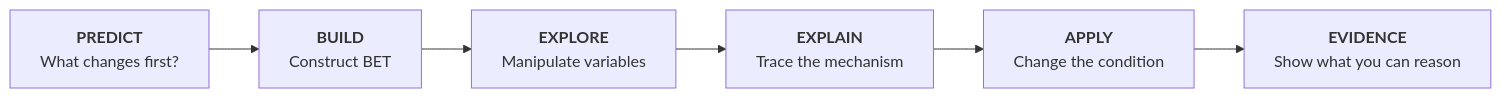
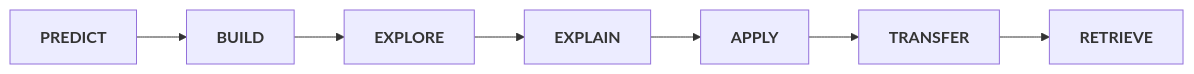
Before and after one commit to ZanneRay/ATPL-H-Learning-Ecosystem: the second of 2 diagrams in docs/curriculum/MODULE-1-BLUEPRINT.md, drawn with Mermaid. The commit also changed other lines of this file, not shown here.

````diff
--- a/docs/curriculum/MODULE-1-BLUEPRINT.md
+++ b/docs/curriculum/MODULE-1-BLUEPRINT.md
@@ -67,8 +68,9 @@
 ```mermaid
 flowchart LR
-    P["<b>PREDICT</b><br/>What changes first?"] --> B["<b>BUILD</b><br/>Construct BET"]
-    B --> E["<b>EXPLORE</b><br/>Manipulate variables"]
-    E --> X["<b>EXPLAIN</b><br/>Trace the mechanism"]
-    X --> A["<b>APPLY</b><br/>Change the condition"]
-    A --> C["<b>EVIDENCE</b><br/>Show what you can reason"]
+    P["<b>PREDICT</b>"] --> B["<b>BUILD</b>"]
+    B --> E["<b>EXPLORE</b>"]
+    E --> X["<b>EXPLAIN</b>"]
+    X --> A["<b>APPLY</b>"]
+    A --> T["<b>TRANSFER</b>"]
+    T --> R["<b>RETRIEVE</b>"]
 ```
````
